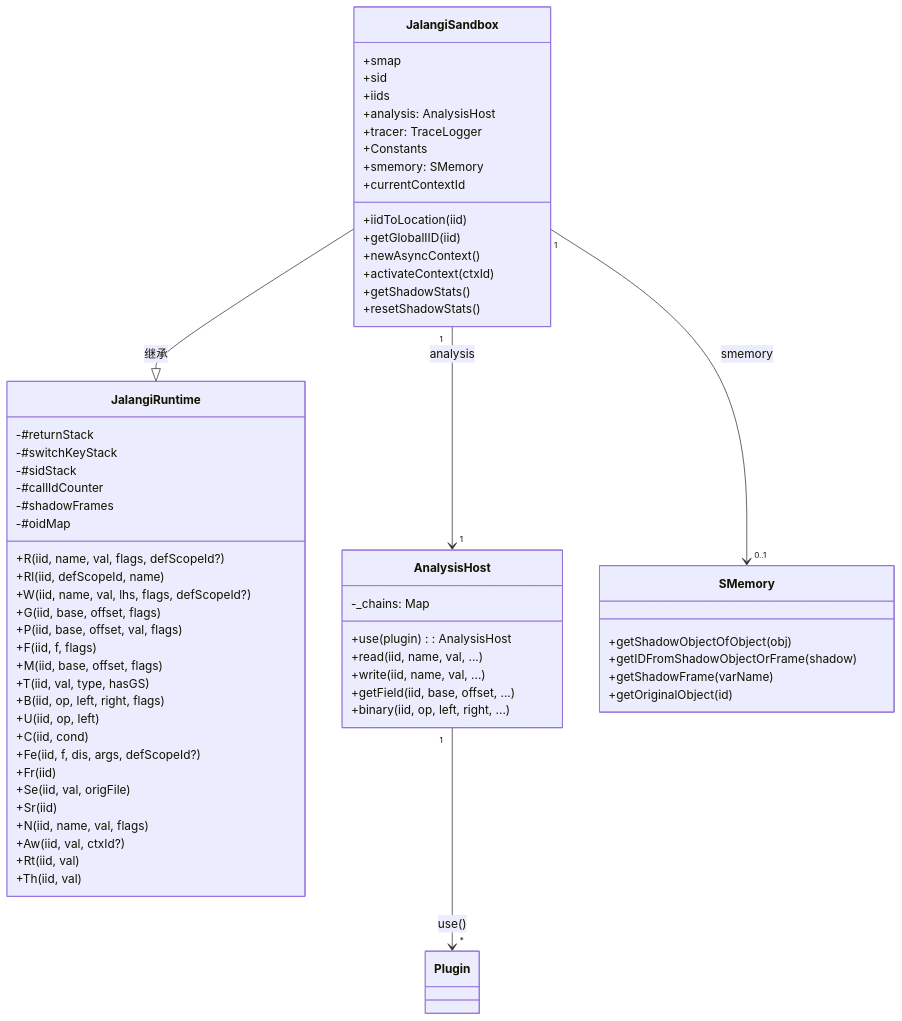
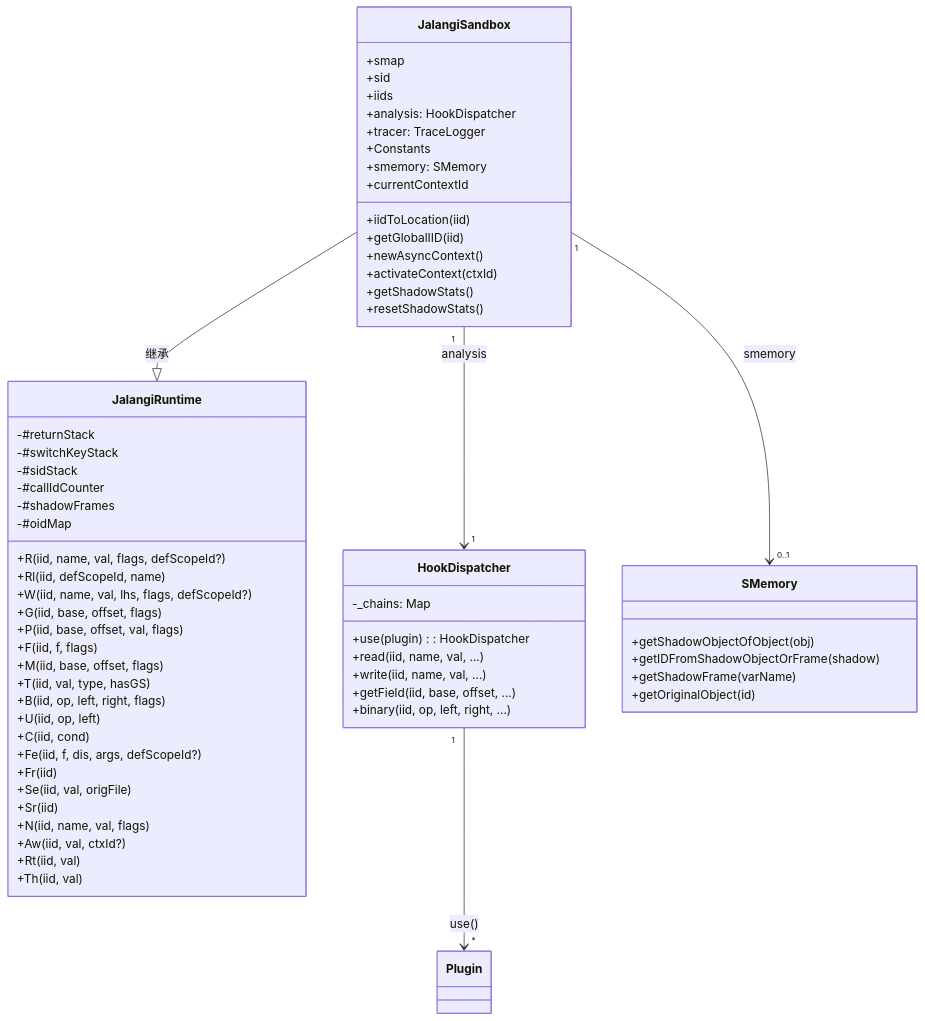
One commit to fuckreverse/Jani changed the first of 6 diagrams in docs/Runtime-System.md. Above: the diagram before and after it, drawn with Mermaid. The commit also changed other lines of this file and 13 other files, not shown here.

First line of the commit message:
refactor: 将 AnalysisHost 重命名为 HookDispatcher 并替换相关引用

````diff
--- a/docs/Runtime-System.md
+++ b/docs/Runtime-System.md
@@ -22,68 +22,68 @@
 ```mermaid
 classDiagram
     class JalangiRuntime {
         +R(iid, name, val, flags, defScopeId?)
         +Rl(iid, defScopeId, name)
         +W(iid, name, val, lhs, flags, defScopeId?)
         +G(iid, base, offset, flags)
         +P(iid, base, offset, val, flags)
         +F(iid, f, flags)
         +M(iid, base, offset, flags)
         +T(iid, val, type, hasGS)
         +B(iid, op, left, right, flags)
         +U(iid, op, left)
         +C(iid, cond)
         +Fe(iid, f, dis, args, defScopeId?)
         +Fr(iid)
         +Se(iid, val, origFile)
         +Sr(iid)
         +N(iid, name, val, flags)
         +Aw(iid, val, ctxId?)
         +Rt(iid, val)
         +Th(iid, val)
         -#returnStack
         -#switchKeyStack
         -#sidStack
         -#callIdCounter
         -#shadowFrames
         -#oidMap
     }
 
     class JalangiSandbox {
         +smap
         +sid
         +iids
-        +analysis: AnalysisHost
+        +analysis: HookDispatcher
         +tracer: TraceLogger
         +Constants
         +smemory: SMemory
         +iidToLocation(iid)
         +getGlobalIID(iid)
         +newAsyncContext()
         +activateContext(ctxId)
         +currentContextId
         +getShadowStats()
         +resetShadowStats()
     }
 
-    class AnalysisHost {
-        +use(plugin): AnalysisHost
+    class HookDispatcher {
+        +use(plugin): HookDispatcher
         +read(iid, name, val, ...)
         +write(iid, name, val, ...)
         +getField(iid, base, offset, ...)
         +binary(iid, op, left, right, ...)
         -_chains: Map
     }
 
     class SMemory {
         +getShadowObjectOfObject(obj)
         +getIDFromShadowObjectOrFrame(shadow)
         +getShadowFrame(varName)
         +getOriginalObject(id)
     }
 
     JalangiSandbox --|> JalangiRuntime : 继承
-    JalangiSandbox "1" --> "1" AnalysisHost : analysis
+    JalangiSandbox "1" --> "1" HookDispatcher : analysis
     JalangiSandbox "1" --> "0..1" SMemory : smemory
-    AnalysisHost "1" --> "*" Plugin : use()
+    HookDispatcher "1" --> "*" Plugin : use()
 ```
````
